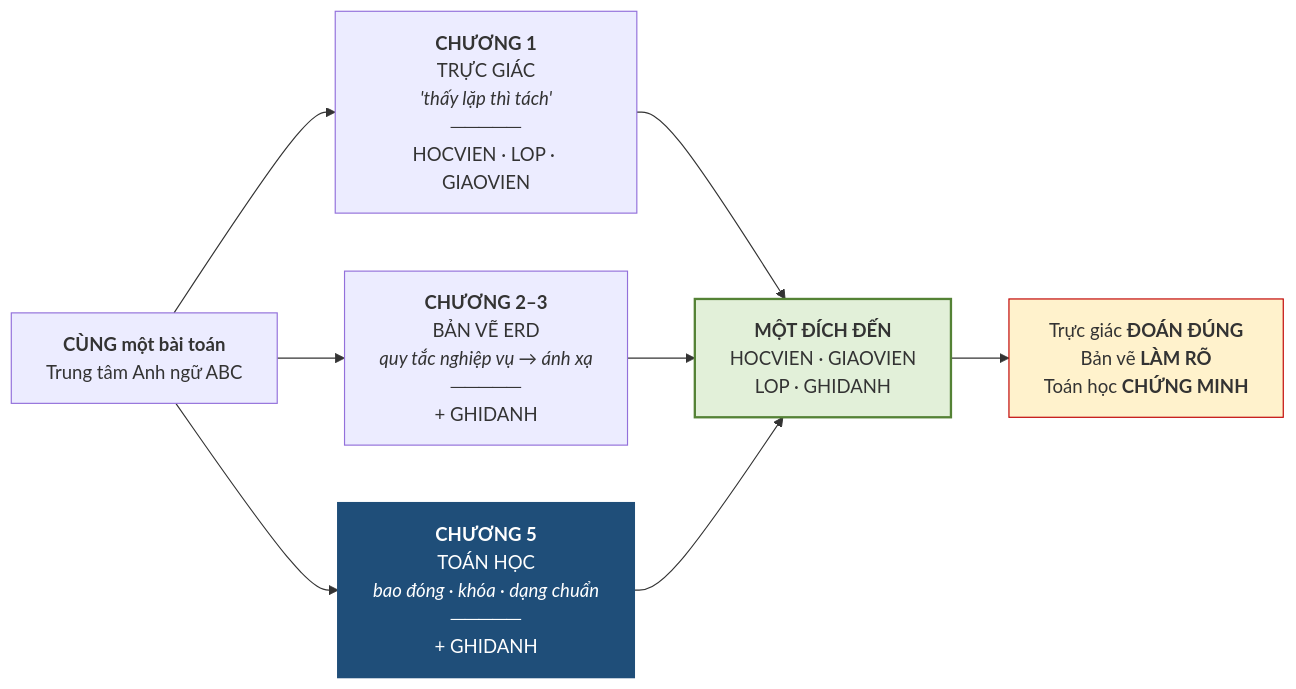
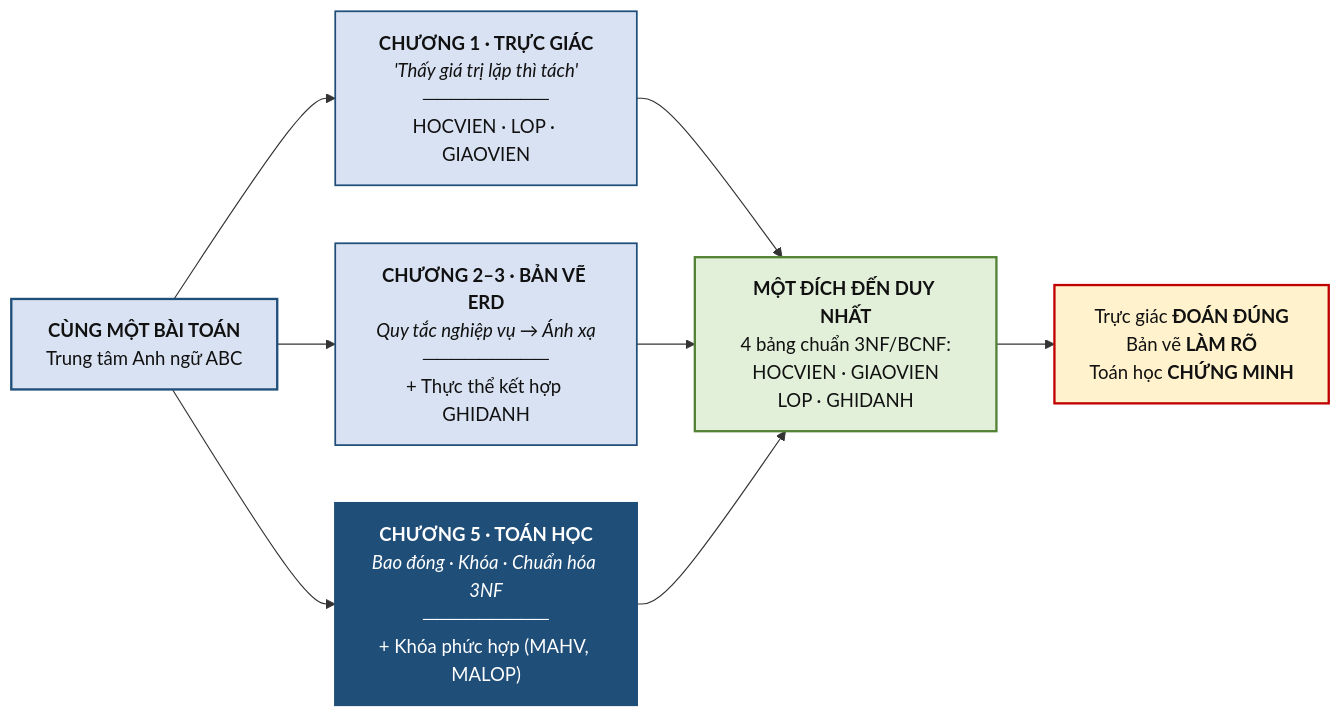
One commit to CuongNguyenDAU/csdl-dbs201 changed the first of 2 diagrams in docs/chuong-5/5-11-khep-lai-hoc-phan.md. Above: the diagram before and after it, drawn with Mermaid. The commit also changed other lines of this file and 123 other files, not shown here.

Commit message:
Cập nhật bài giảng v7: sơ đồ ER ký pháp Chen, hình minh họa tự vẽ, mở rộng toàn diện Chương 5 và bổ sung lời giải A4, B5

````diff
--- a/docs/chuong-5/5-11-khep-lai-hoc-phan.md
+++ b/docs/chuong-5/5-11-khep-lai-hoc-phan.md
@@ -7,14 +7,17 @@
 ```mermaid
 flowchart LR
-    P["<b>CÙNG một bài toán</b><br/>Trung tâm Anh ngữ ABC"]
-    P --> A["<b>CHƯƠNG 1</b><br/>TRỰC GIÁC<br/><i>'thấy lặp thì tách'</i><br/>─────<br/>HOCVIEN · LOP · GIAOVIEN"]
-    P --> B["<b>CHƯƠNG 2–3</b><br/>BẢN VẼ ERD<br/><i>quy tắc nghiệp vụ → ánh xạ</i><br/>─────<br/>+ GHIDANH"]
-    P --> C["<b>CHƯƠNG 5</b><br/>TOÁN HỌC<br/><i>bao đóng · khóa · dạng chuẩn</i><br/>─────<br/>+ GHIDANH"]
-    A --> R["<b>MỘT ĐÍCH ĐẾN</b><br/>HOCVIEN · GIAOVIEN<br/>LOP · GHIDANH"]
+    P["<b>CÙNG MỘT BÀI TOÁN</b><br/>Trung tâm Anh ngữ ABC"]
+    P --> A["<b>CHƯƠNG 1 · TRỰC GIÁC</b><br/><i>'Thấy giá trị lặp thì tách'</i><br/>─────────<br/>HOCVIEN · LOP · GIAOVIEN"]
+    P --> B["<b>CHƯƠNG 2–3 · BẢN VẼ ERD</b><br/><i>Quy tắc nghiệp vụ → Ánh xạ</i><br/>─────────<br/>+ Thực thể kết hợp GHIDANH"]
+    P --> C["<b>CHƯƠNG 5 · TOÁN HỌC</b><br/><i>Bao đóng · Khóa · Chuẩn hóa 3NF</i><br/>─────────<br/>+ Khóa phức hợp (MAHV, MALOP)"]
+    A --> R["<b>MỘT ĐÍCH ĐẾN DUY NHẤT</b><br/>4 bảng chuẩn 3NF/BCNF:<br/>HOCVIEN · GIAOVIEN<br/>LOP · GHIDANH"]
     B --> R
     C --> R
     R --> S["Trực giác <b>ĐOÁN ĐÚNG</b><br/>Bản vẽ <b>LÀM RÕ</b><br/>Toán học <b>CHỨNG MINH</b>"]
-    style C fill:#1F4E79,color:#fff,stroke:#1F4E79,stroke-width:2px
-    style R fill:#E2F0D9,stroke:#548235,stroke-width:2px
-    style S fill:#FFF2CC,stroke:#C00000
+    style P fill:#D9E2F3,color:#111111,stroke:#1F4E79,stroke-width:2px
+    style A fill:#D9E2F3,color:#111111,stroke:#1F4E79,stroke-width:1.5px
+    style B fill:#D9E2F3,color:#111111,stroke:#1F4E79,stroke-width:1.5px
+    style C fill:#1F4E79,color:#ffffff,stroke:#1F4E79,stroke-width:2px
+    style R fill:#E2F0D9,color:#111111,stroke:#548235,stroke-width:2px
+    style S fill:#FFF2CC,color:#111111,stroke:#C00000,stroke-width:2px
 ```
````
